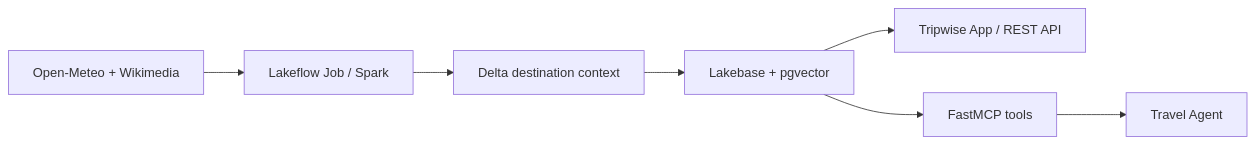
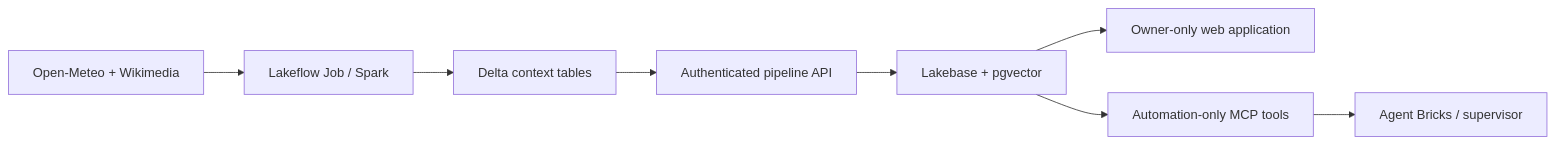
One commit to gfonesl/databricks-ai-bootcamp changed the diagram in README.md. Above: the diagram before and after it, drawn with Mermaid. The commit also changed other lines of this file and 68 other files, not shown here.

````diff
--- a/README.md
+++ b/README.md
@@ -9,9 +11,10 @@
 ```mermaid
 flowchart LR
   S["Open-Meteo + Wikimedia"] --> P["Lakeflow Job / Spark"]
-  P --> D["Delta destination context"]
-  D --> L["Lakebase + pgvector"]
-  L --> A["Tripwise App / REST API"]
-  L --> M["FastMCP tools"]
-  M --> G["Travel Agent"]
+  P --> D["Delta context tables"]
+  D --> A["Authenticated pipeline API"]
+  A --> L["Lakebase + pgvector"]
+  L --> U["Owner-only web application"]
+  L --> M["Automation-only MCP tools"]
+  M --> G["Agent Bricks / supervisor"]
 ```
````
